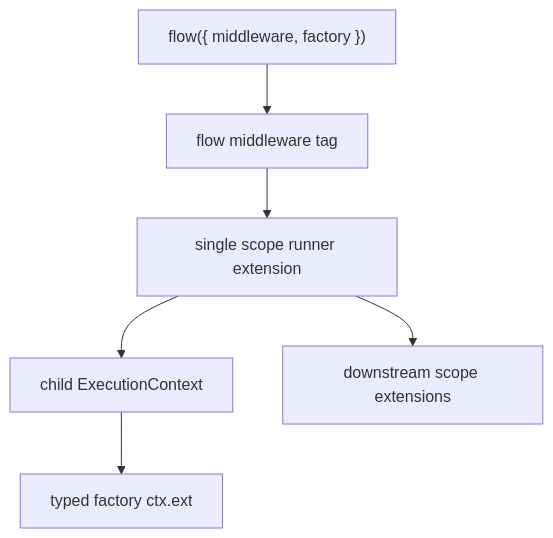
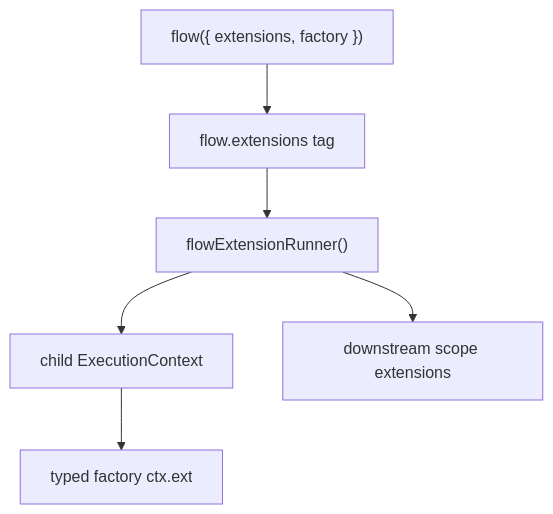
The diagram in research/learnings/flow-middleware-spike.md (pumped-fn/pumped-fn), drawn with Mermaid before and after one commit. The commit also changed other lines of this file and 8 other files, not shown here.

Commit message:
Add core flow extensions

````diff
--- a/research/learnings/flow-middleware-spike.md
+++ b/research/learnings/flow-middleware-spike.md
@@ -7,8 +7,8 @@
 ```mermaid
 flowchart TD
-  Flow["flow({ middleware, factory })"] --> Tag["flow middleware tag"]
-  Tag --> Runner["single scope runner extension"]
+  Flow["flow({ extensions, factory })"] --> Tag["flow.extensions tag"]
+  Tag --> Runner["flowExtensionRunner()"]
   Runner --> Ctx["child ExecutionContext"]
   Ctx --> Factory["typed factory ctx.ext"]
   Runner --> ScopeExt["downstream scope extensions"]
 ```
````
